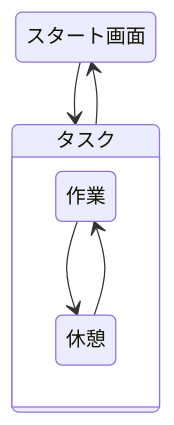
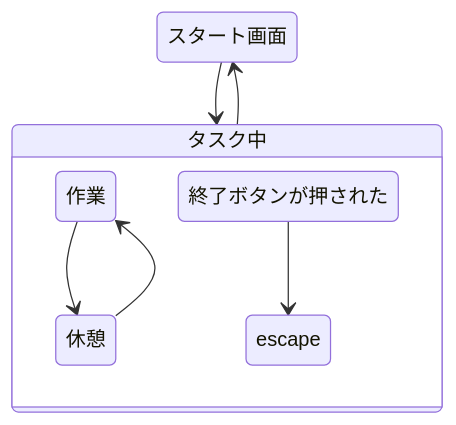
The diagram in README.md (jig-2022-aaaa/hackathon), drawn with Mermaid before and after one commit.

````diff
--- a/README.md
+++ b/README.md
@@ -4,11 +4,12 @@
 ```Mermaid
 stateDiagram
-    スタート画面 --> タスク
-    タスク-->スタート画面
+    スタート画面 --> タスク中
+    タスク中-->スタート画面
      
-    state タスク{
+    state タスク中{
         作業-->休憩
         休憩-->作業
+
+        終了ボタンが押された-->escape
     }
-
 ```
````
